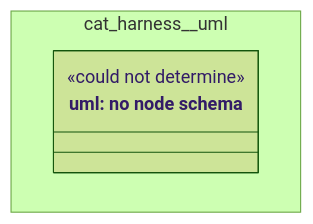
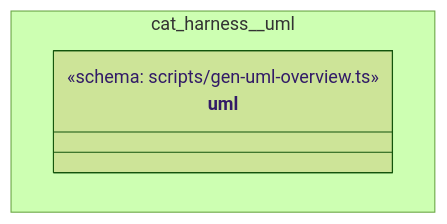
The diagram in cat-harness/docs/uml/overview/cat-harness/uml.md (litlfred/folio-assistant), drawn with Mermaid (forest theme) before and after one commit. The commit also changed other lines of this file and 220 other files, not shown here.

First line of the commit message:
quda: register node schemas for the graph kinds that had none

````diff
--- a/cat-harness/docs/uml/overview/cat-harness/uml.md
+++ b/cat-harness/docs/uml/overview/cat-harness/uml.md
@@ -12,11 +12,10 @@
 ```mermaid
 classDiagram
   direction TB
   namespace cat_harness__uml {
-    class n_cat_harness_uml_uml["uml: no node schema"] {
-      <<could not determine>>
+    class cat_harness_uml_uml_shape["uml"] {
+      <<schema: scripts/gen-uml-overview.ts>>
     }
   }
-  cssClass "n_cat_harness_uml_uml" fa_uml_kind_uml
-  cssClass "n_cat_harness_uml_uml" fa_uml_undetermined
+  cssClass "cat_harness_uml_uml_shape" fa_uml_kind_uml
 ```
````
